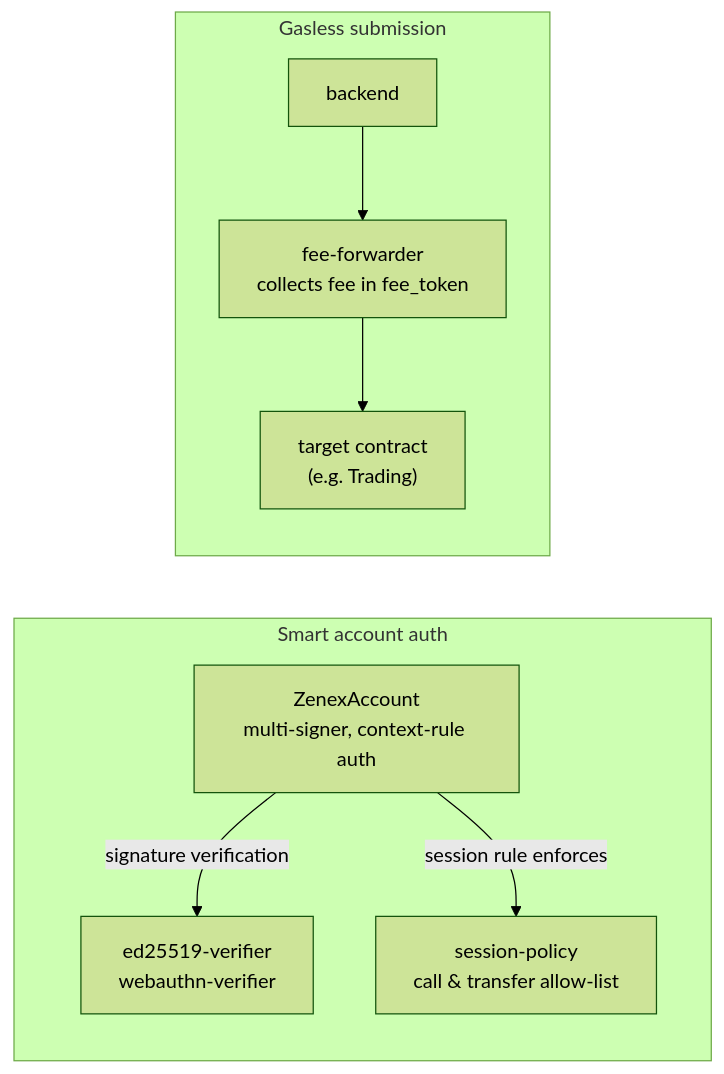
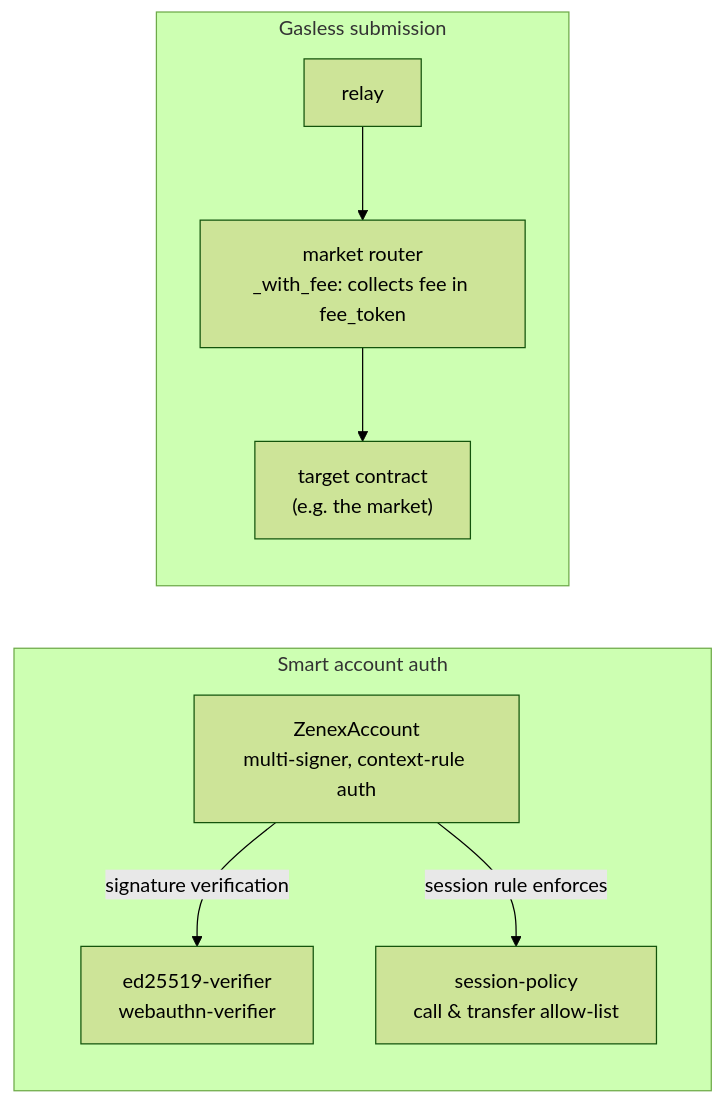
One commit to zenith-protocols/zenex-docs changed the diagram in technical/account/overview.md. Above: the diagram before and after it, drawn with Mermaid (forest theme). The commit also changed other lines of this file and 71 other files, not shown here.

First line of the commit message:
docs: follow the market and router split in zenex-contracts

````diff
--- a/technical/account/overview.md
+++ b/technical/account/overview.md
@@ -26,17 +29,17 @@
 ```mermaid
 graph LR
   subgraph SA["Smart account auth"]
     Account["ZenexAccount<br/>multi-signer, context-rule auth"]
     Verifier["ed25519-verifier<br/>webauthn-verifier"]
     Policy["session-policy<br/>call & transfer allow-list"]
     Account -->|signature verification| Verifier
     Account -->|session rule enforces| Policy
   end
 
   subgraph GS["Gasless submission"]
-    Backend["backend"]
-    FF["fee-forwarder<br/>collects fee in fee_token"]
-    Target["target contract<br/>(e.g. Trading)"]
-    Backend --> FF --> Target
+    Relay["relay"]
+    Router["market router<br/>_with_fee: collects fee in fee_token"]
+    Target["target contract<br/>(e.g. the market)"]
+    Relay --> Router --> Target
   end
 ```
````
